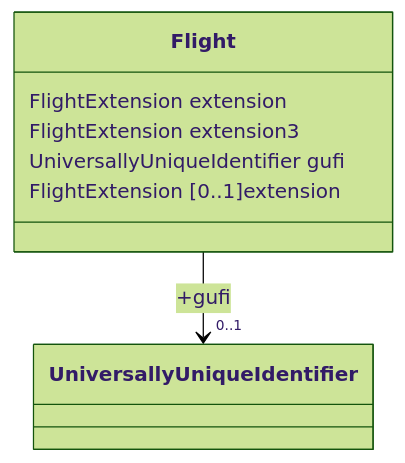
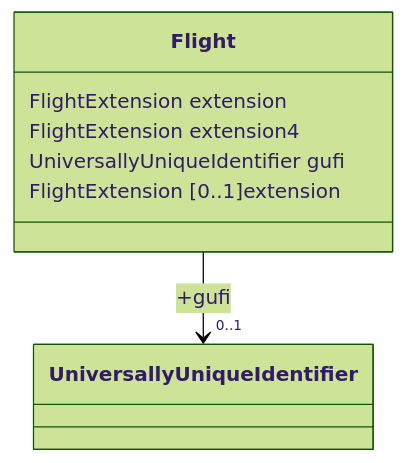
One commit to du-lapin/test_docsify changed the first of 3 diagrams in docs/fixm/FIXM_UML_in_mermaid.md. Above: the diagram before and after it, drawn with Mermaid (forest theme). The commit also changed other lines of this file, not shown here.

````diff
--- a/docs/fixm/FIXM_UML_in_mermaid.md
+++ b/docs/fixm/FIXM_UML_in_mermaid.md
@@ -4,10 +4,10 @@
 ```mermaid
 classDiagram
 class Flight{
 FlightExtension extension
-FlightExtension extension3
+FlightExtension extension4
 UniversallyUniqueIdentifier gufi
 }
 Flight : FlightExtension [0..1]extension
 Flight --> "0..1"  UniversallyUniqueIdentifier : +gufi
 ```
````
